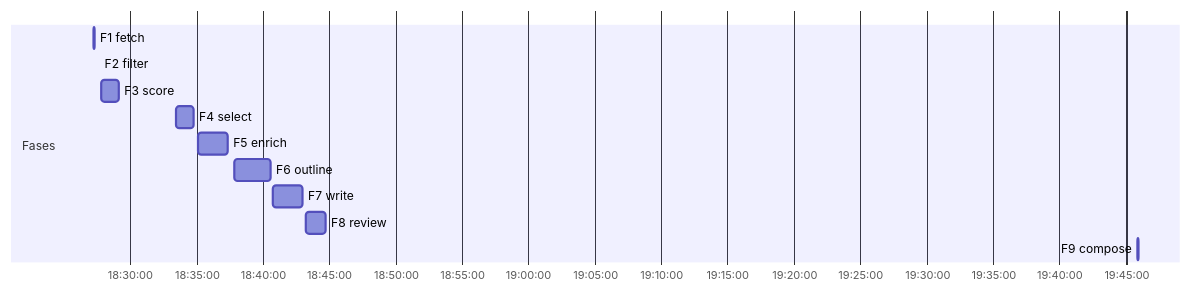
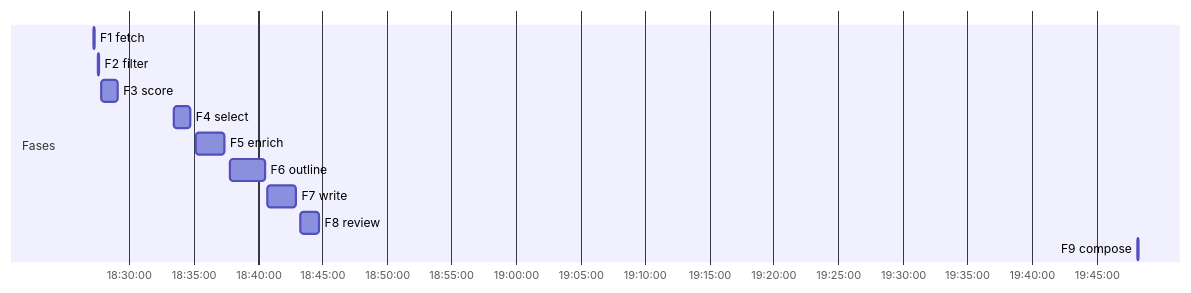
One commit to Paumen/Zonzijde changed the third of 3 diagrams in editions/2026-07-29/report.md. Above: the diagram before and after it, drawn with Mermaid. The commit also changed other lines of this file and 4 other files, not shown here.

````diff
--- a/editions/2026-07-29/report.md
+++ b/editions/2026-07-29/report.md
@@ -113,15 +113,15 @@
 ```mermaid
 gantt
     dateFormat YYYY-MM-DD HH:mm:ss
     axisFormat %H:%M:%S
     section Fases
     F1 fetch :2026-07-28 18:27:14, 5s
     F2 filter :2026-07-28 18:27:37, 1s
     F3 score :2026-07-28 18:27:49, 79s
     F4 select :2026-07-28 18:33:27, 79s
     F5 enrich :2026-07-28 18:35:08, 134s
     F6 outline :2026-07-28 18:37:48, 164s
     F7 write :2026-07-28 18:40:45, 132s
     F8 review :2026-07-28 18:43:15, 88s
-    F9 compose :2026-07-28 19:45:54, 3s
+    F9 compose :2026-07-28 19:48:14, 3s
 ```
````
